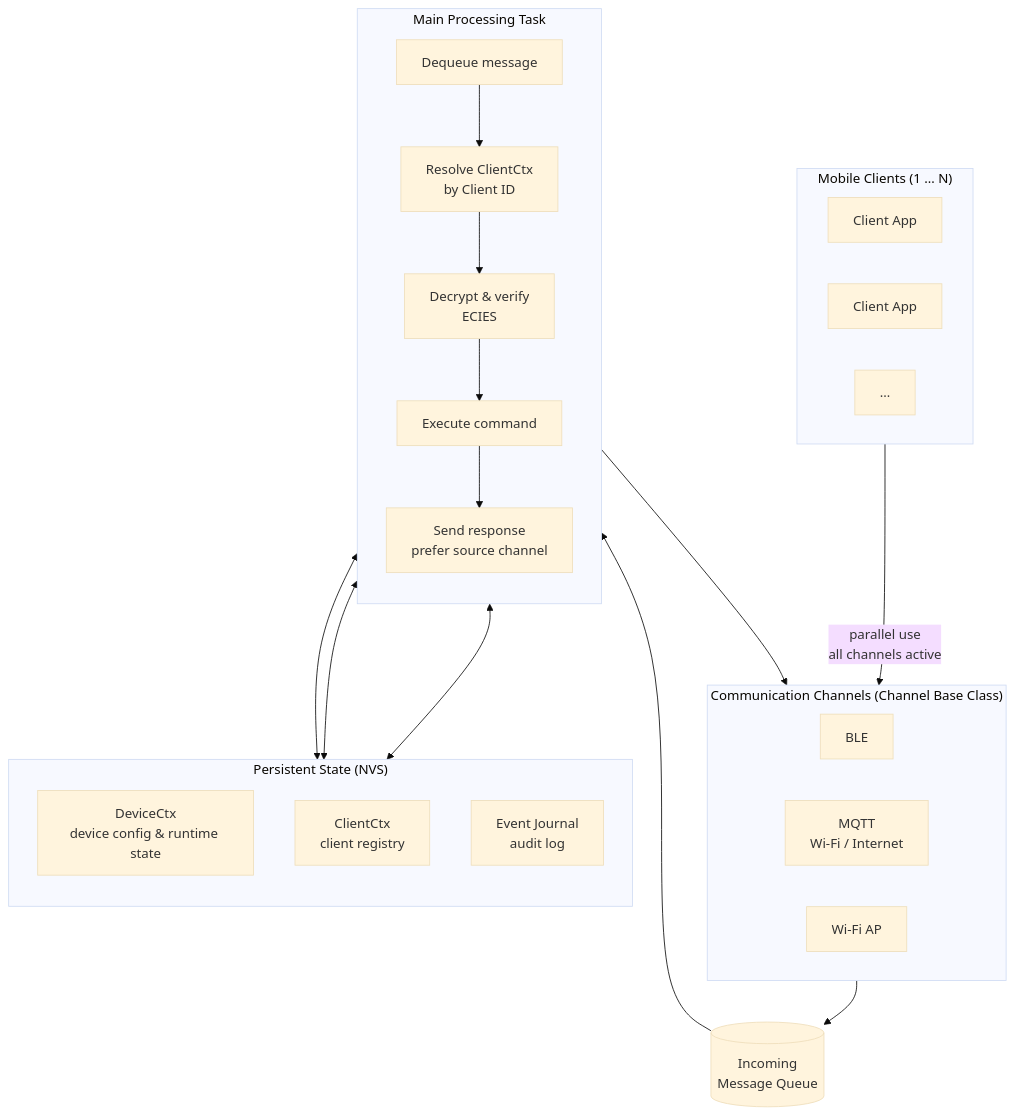
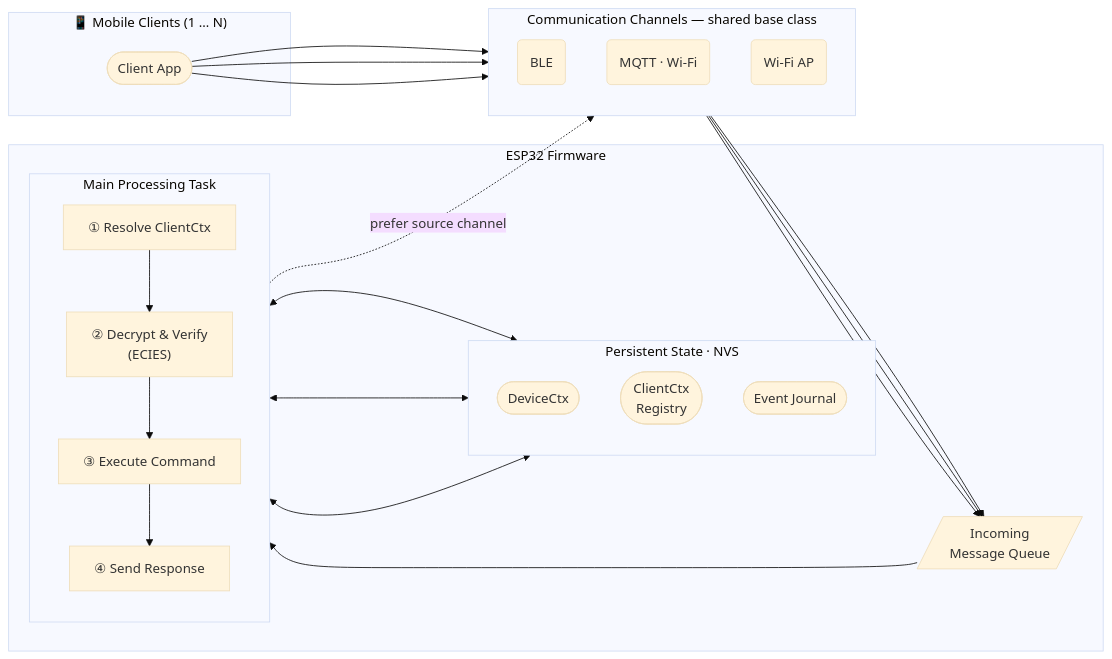
One commit to solomai/ESP32-TapGate changed the diagram in tapgate_firmware/docs/architecture.md. Above: the diagram before and after it, drawn with Mermaid (base theme).

Commit message:
update High-Level Architecture

````diff
--- a/tapgate_firmware/docs/architecture.md
+++ b/tapgate_firmware/docs/architecture.md
@@ -13,43 +13,39 @@
 ```mermaid
-flowchart TB
-    subgraph mobile["Mobile Clients (1 … N)"]
-        direction LR
-        A1[Client App]
-        A2[Client App]
-        AN[…]
+flowchart LR
+    subgraph CLT["📱 Mobile Clients (1 … N)"]
+        APP(["Client App"])
     end
 
-    subgraph channels["Communication Channels  (Channel Base Class)"]
-        direction LR
-        BLE[BLE]
-        MQTT[MQTT\nWi-Fi / Internet]
-        AP[Wi-Fi AP]
+    subgraph CH["Communication Channels  —  shared base class"]
+        direction TB
+        BLE("BLE")
+        MQTT("MQTT · Wi-Fi")
+        AP("Wi-Fi AP")
     end
 
-    mobile -- "parallel use\nall channels active" --> channels
+    subgraph FW["ESP32 Firmware"]
+        Q[/"Incoming\nMessage Queue"/]
 
-    channels --> Q[(Incoming\nMessage Queue)]
+        subgraph TASK["Main Processing Task"]
+            direction TB
+            T1["① Resolve ClientCtx"]
+            T2["② Decrypt & Verify\n(ECIES)"]
+            T3["③ Execute Command"]
+            T4["④ Send Response"]
+            T1 --> T2 --> T3 --> T4
+        end
 
-    subgraph task["Main Processing Task"]
-        direction TB
-        D1[Dequeue message]
-        D2[Resolve ClientCtx\nby Client ID]
-        D3[Decrypt & verify\nECIES]
-        D4[Execute command]
-        D5[Send response\nprefer source channel]
-        D1 --> D2 --> D3 --> D4 --> D5
+        subgraph NVS["Persistent State · NVS"]
+            direction TB
+            DC(["DeviceCtx"])
+            CC(["ClientCtx\nRegistry"])
+            EJ(["Event Journal"])
+        end
     end
 
-    Q --> D1
-
-    D5 --> channels
-
-    subgraph state["Persistent State  (NVS)"]
-        direction TB
-        DEV[DeviceCtx\ndevice config & runtime state]
-        CLI[ClientCtx\nclient registry]
-        EVT[Event Journal\naudit log]
-    end
-
-    D4 <--> DEV & CLI & EVT
+    APP --> BLE & MQTT & AP
+    BLE & MQTT & AP --> Q
+    Q --> T1
+    T4 -.->|"prefer source channel"| CH
+    T3 <--> DC & CC & EJ
 ```
````
